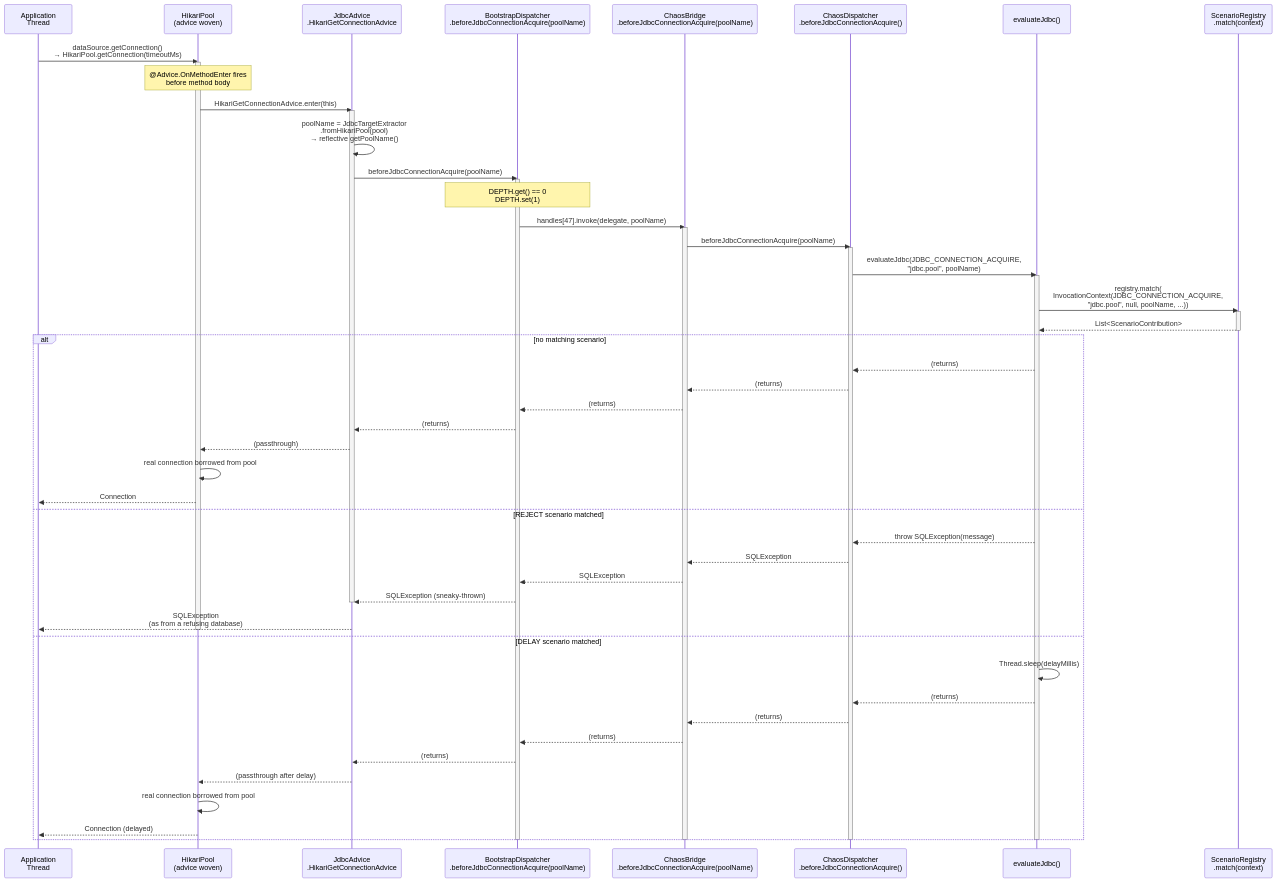
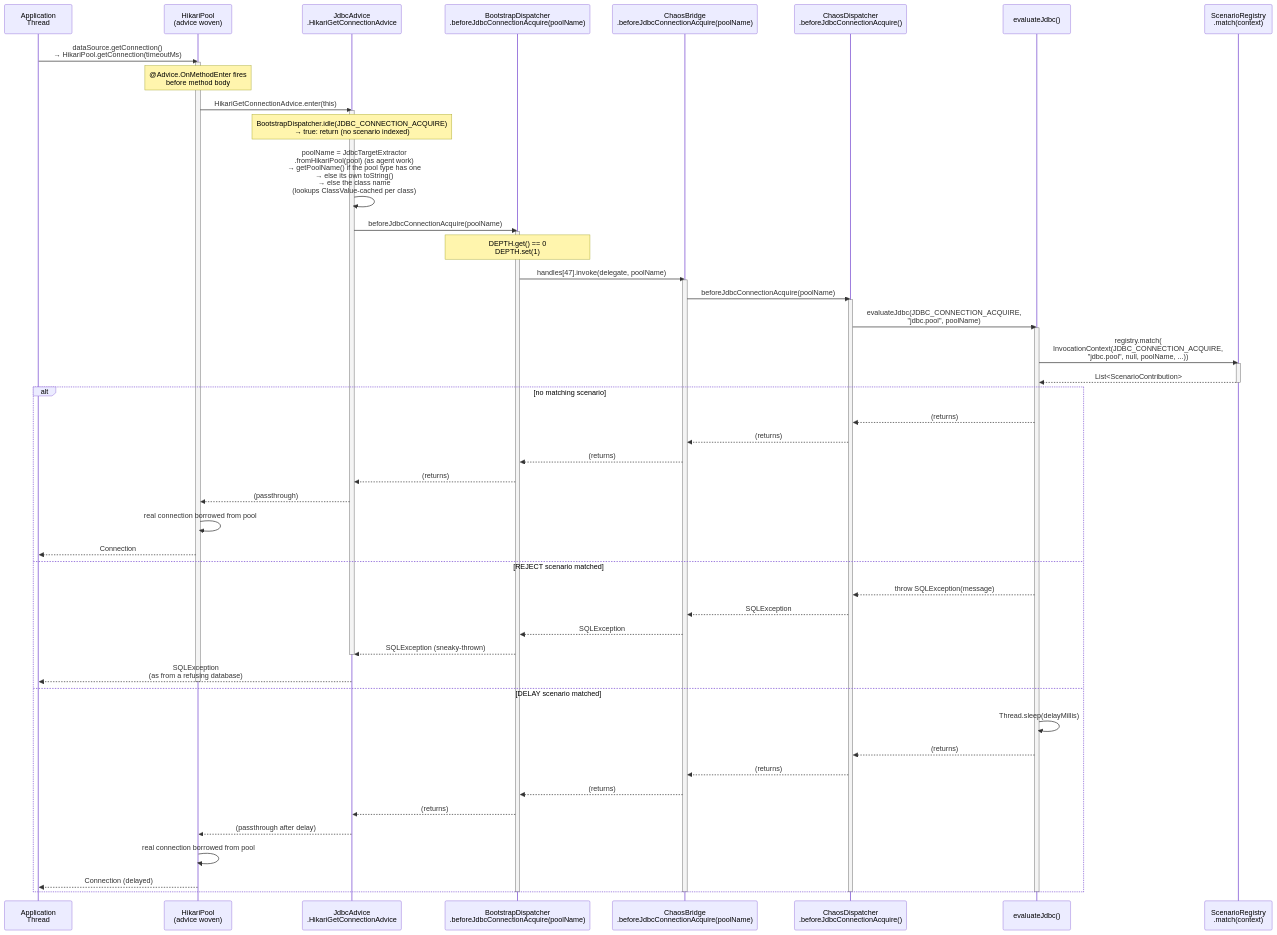
The third of 3 diagrams in docs/instrumentation.md (macstab/macstab-chaos-jvm-agent), drawn with Mermaid before and after one commit. The commit also changed 8 other files, not shown here.

````diff
--- a/docs/instrumentation.md
+++ b/docs/instrumentation.md
@@ -925,60 +925,61 @@
 ```mermaid
 sequenceDiagram
   participant App as Application<br/>Thread
   participant HP as HikariPool<br/>(advice woven)
   participant Advice as JdbcAdvice<br/>.HikariGetConnectionAdvice
   participant BD as BootstrapDispatcher<br/>.beforeJdbcConnectionAcquire(poolName)
   participant CB as ChaosBridge<br/>.beforeJdbcConnectionAcquire(poolName)
   participant CD as ChaosDispatcher<br/>.beforeJdbcConnectionAcquire()
   participant EJ as evaluateJdbc()
   participant SR as ScenarioRegistry<br/>.match(context)
   App->>HP: dataSource.getConnection()<br/>  → HikariPool.getConnection(timeoutMs)
   activate HP
   Note over HP: @Advice.OnMethodEnter fires<br/>before method body
   HP->>Advice: HikariGetConnectionAdvice.enter(this)
   activate Advice
-  Advice->>Advice: poolName = JdbcTargetExtractor<br/>  .fromHikariPool(pool)<br/>  → reflective getPoolName()
+  Note over Advice: BootstrapDispatcher.idle(JDBC_CONNECTION_ACQUIRE)<br/>→ true: return (no scenario indexed)
+  Advice->>Advice: poolName = JdbcTargetExtractor<br/>  .fromHikariPool(pool) (as agent work)<br/>  → getPoolName() if the pool type has one<br/>  → else its own toString()<br/>  → else the class name<br/>  (lookups ClassValue-cached per class)
   Advice->>BD: beforeJdbcConnectionAcquire(poolName)
   activate BD
   Note over BD: DEPTH.get() == 0<br/>DEPTH.set(1)
   BD->>CB: handles[47].invoke(delegate, poolName)
   activate CB
   CB->>CD: beforeJdbcConnectionAcquire(poolName)
   activate CD
   CD->>EJ: evaluateJdbc(JDBC_CONNECTION_ACQUIRE,<br/>  "jdbc.pool", poolName)
   activate EJ
   EJ->>SR: registry.match(<br/>  InvocationContext(JDBC_CONNECTION_ACQUIRE,<br/>  "jdbc.pool", null, poolName, ...))
   activate SR
   SR-->>EJ: List#lt;ScenarioContribution#gt;
   deactivate SR
   alt no matching scenario
   EJ-->>CD: (returns)
   CD-->>CB: (returns)
   CB-->>BD: (returns)
   BD-->>Advice: (returns)
   Advice-->>HP: (passthrough)
   HP->>HP: real connection borrowed from pool
   HP-->>App: Connection
   else REJECT scenario matched
   EJ-->>CD: throw SQLException(message)
   CD-->>CB: SQLException
   CB-->>BD: SQLException
   BD-->>Advice: SQLException (sneaky-thrown)
   deactivate Advice
   Advice-->>App: SQLException<br/>(as from a refusing database)
   deactivate HP
   else DELAY scenario matched
   EJ->>EJ: Thread.sleep(delayMillis)
   EJ-->>CD: (returns)
   CD-->>CB: (returns)
   CB-->>BD: (returns)
   BD-->>Advice: (returns)
   Advice-->>HP: (passthrough after delay)
   HP->>HP: real connection borrowed from pool
   HP-->>App: Connection (delayed)
   end
   deactivate EJ
   deactivate CD
   deactivate CB
   deactivate BD
 ```
````
